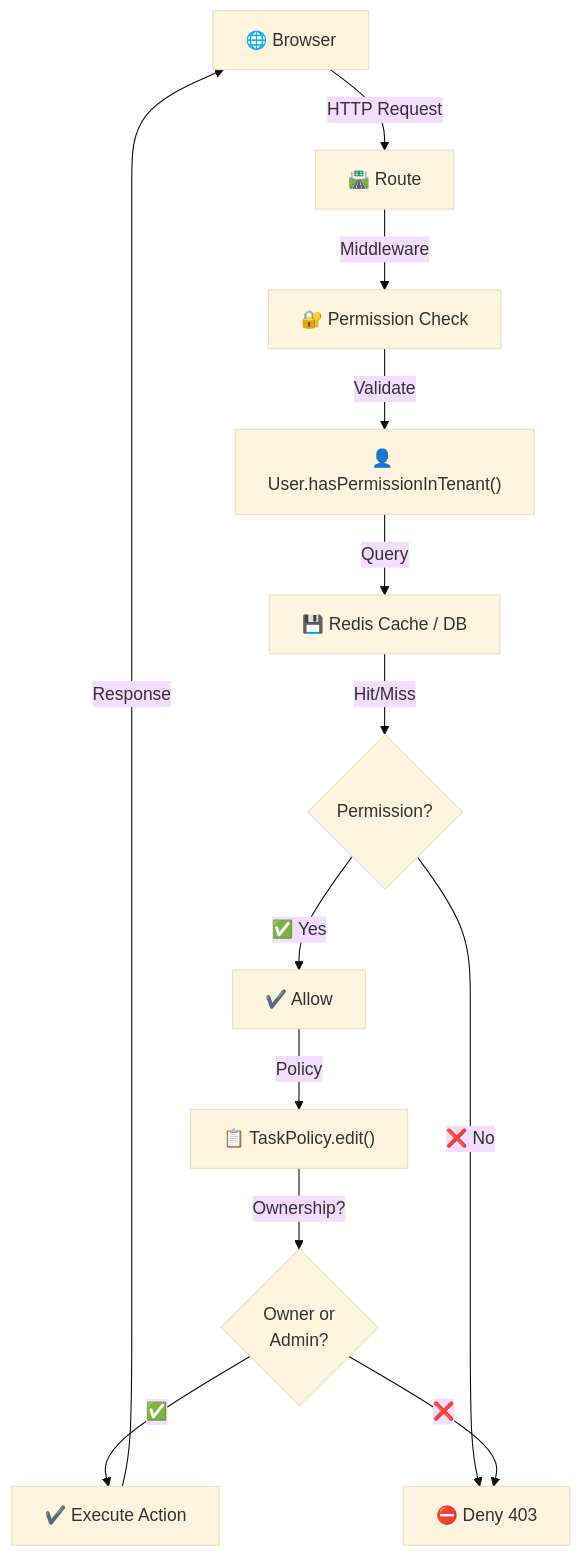
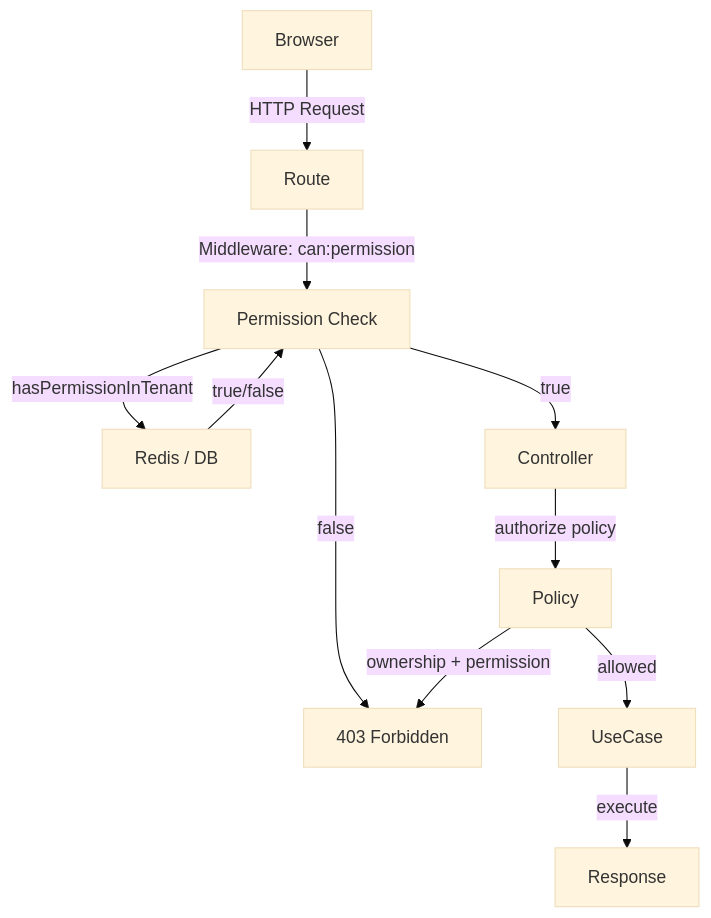
One commit to mypham773734/sass-dashboard-tenant-project changed the first of 4 diagrams in docs/product/PERMISSION_RBAC/02-ARCHITECTURE.md. Above: the diagram before and after it, drawn with Mermaid (base theme). The commit also changed other lines of this file and 38 other files, not shown here.

````diff
--- a/docs/product/PERMISSION_RBAC/02-ARCHITECTURE.md
+++ b/docs/product/PERMISSION_RBAC/02-ARCHITECTURE.md
@@ -12,15 +10,13 @@
 ```mermaid
 graph TB
-    A["🌐 Browser"] -->|HTTP Request| B["🛣️ Route"]
-    B -->|Middleware| C["🔐 Permission Check"]
-    C -->|Validate| D["👤 User.hasPermissionInTenant()"]
-    D -->|Query| E["💾 Redis Cache / DB"]
-    E -->|Hit/Miss| F{"Permission?"}
-    F -->|✅ Yes| G["✔️ Allow"]
-    F -->|❌ No| H["⛔ Deny 403"]
-    G -->|Policy| I["📋 TaskPolicy.edit()"]
-    I -->|Ownership?| J{"Owner or\nAdmin?"}
-    J -->|✅| K["✔️ Execute Action"]
-    J -->|❌| H
-    K -->|Response| A
+    Browser -->|HTTP Request| Route
+    Route -->|Middleware: can:permission| PermCheck["Permission Check"]
+    PermCheck -->|hasPermissionInTenant| Cache["Redis / DB"]
+    Cache -->|true/false| PermCheck
+    PermCheck -->|false| F403["403 Forbidden"]
+    PermCheck -->|true| Controller
+    Controller -->|authorize policy| Policy
+    Policy -->|ownership + permission| F403
+    Policy -->|allowed| UseCase
+    UseCase -->|execute| Response
 ```
````
